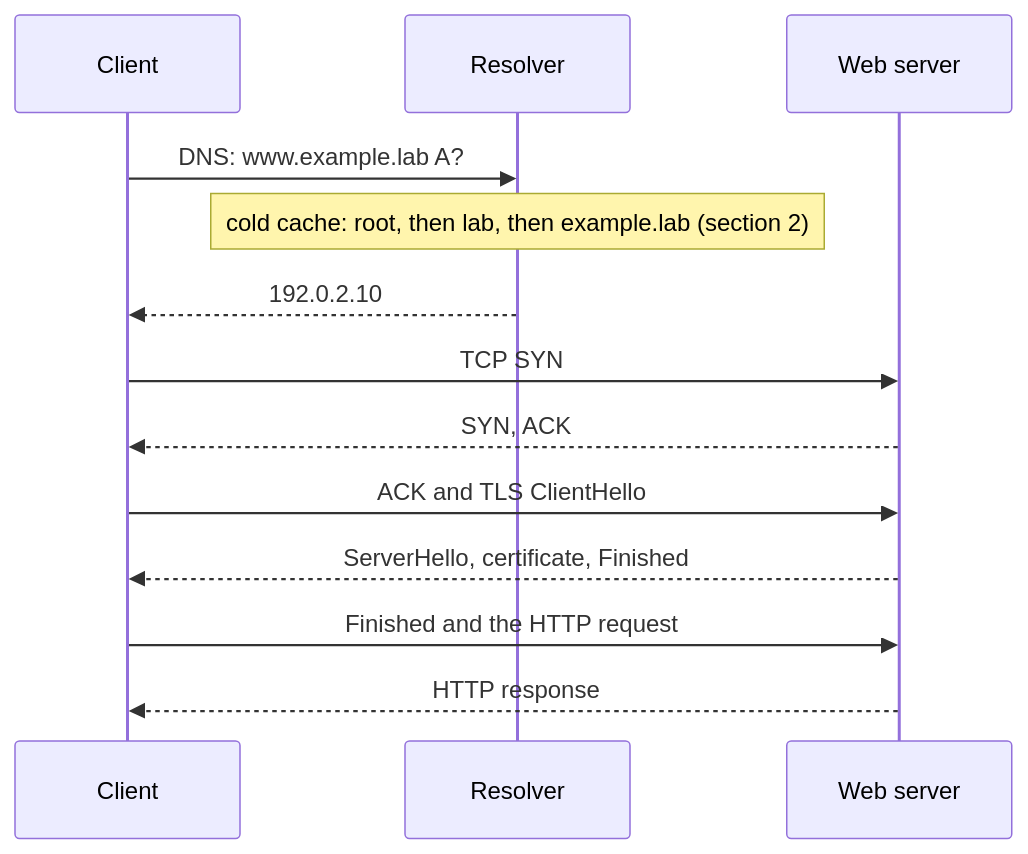
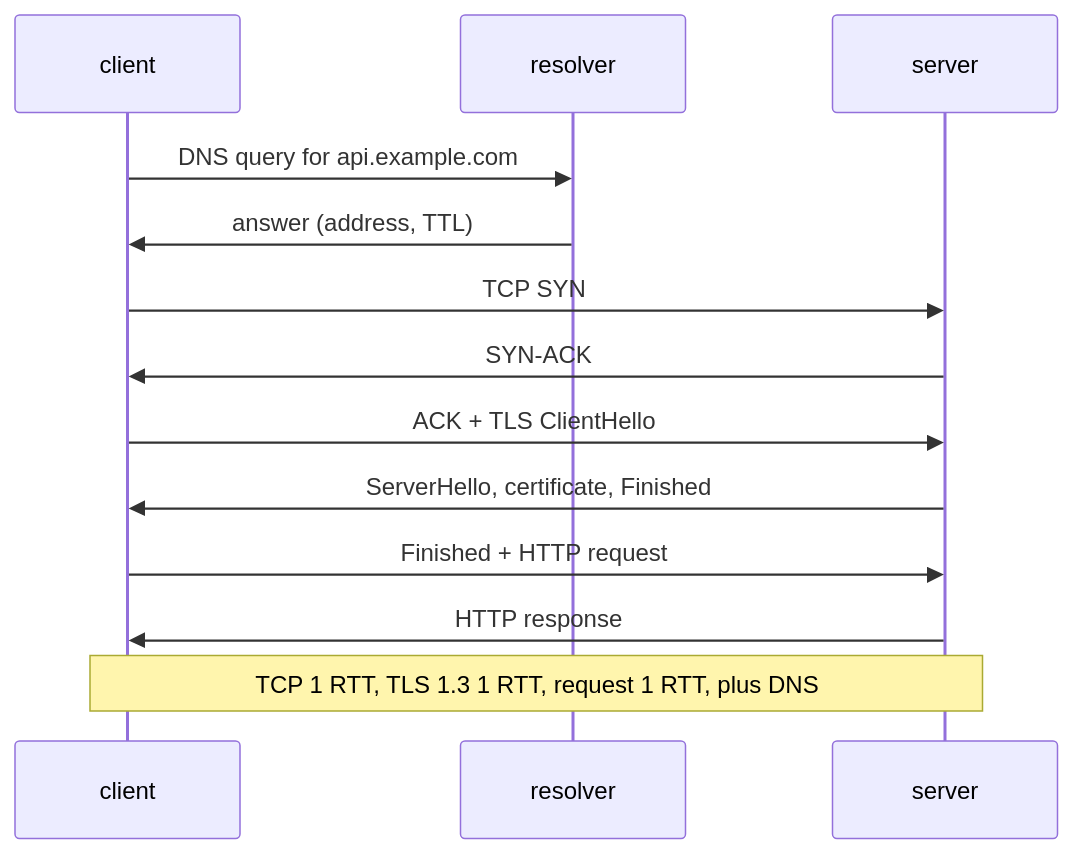
One commit to Princeahrwar/Study changed the first of 2 diagrams in 07_networking/08_application_protocols_dns_http_tls.md. Above: the diagram before and after it, drawn with Mermaid. The commit also changed other lines of this file, not shown here.

First line of the commit message:
Rewrite NET 08 application protocols (DNS, HTTP, TLS) in the WF 14 style

````diff
--- a/07_networking/08_application_protocols_dns_http_tls.md
+++ b/07_networking/08_application_protocols_dns_http_tls.md
@@ -67,15 +32,15 @@
 ```mermaid
 sequenceDiagram
-  participant C as Client
-  participant R as Resolver
-  participant S as Web server
-  C->>R: DNS: www.example.lab A?
-  Note over R: cold cache: root, then lab, then example.lab (section 2)
-  R-->>C: 192.0.2.10
+  participant C as client
+  participant R as resolver
+  participant S as server
+  C->>R: DNS query for api.example.com
+  R->>C: answer (address, TTL)
   C->>S: TCP SYN
-  S-->>C: SYN, ACK
-  C->>S: ACK and TLS ClientHello
-  S-->>C: ServerHello, certificate, Finished
-  C->>S: Finished and the HTTP request
-  S-->>C: HTTP response
+  S->>C: SYN-ACK
+  C->>S: ACK + TLS ClientHello
+  S->>C: ServerHello, certificate, Finished
+  C->>S: Finished + HTTP request
+  S->>C: HTTP response
+  Note over C,S: TCP 1 RTT, TLS 1.3 1 RTT, request 1 RTT, plus DNS
 ```
````
